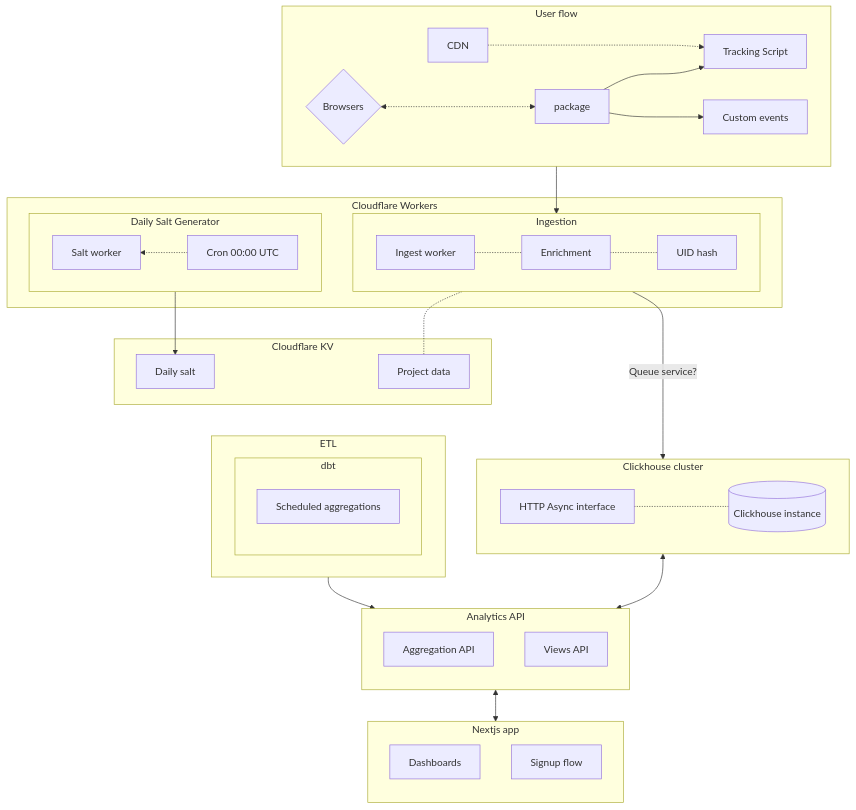
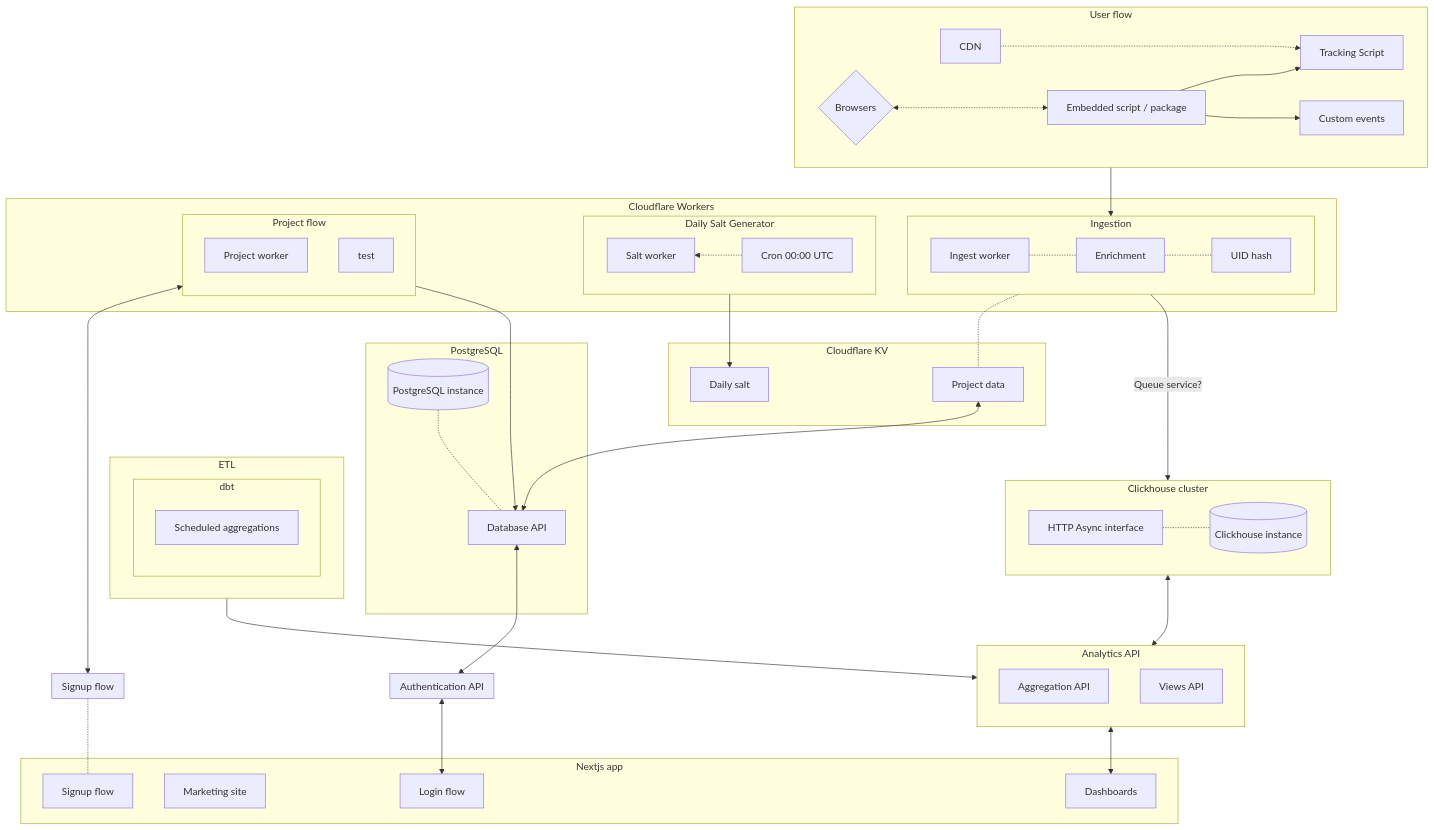
One commit to JGynther/analytics changed the diagram in docs/architecture.md. Above: the diagram before and after it, drawn with Mermaid.

Commit message:
feat: add postgresql and auth to diagram

````diff
--- a/docs/architecture.md
+++ b/docs/architecture.md
@@ -2,7 +2,7 @@
 flowchart
     subgraph user[User flow]
         CDN -...-> script
-        Browser{Browsers} <-..-> package
+        Browser{Browsers} <-..-> package[Embedded script / package]
         ---> script[Tracking Script] & events[Custom events]
     end
 
@@ -12,8 +12,7 @@
     end
 
     subgraph clickhouse[Clickhouse cluster]
-        async[HTTP Async interface]
-        async -..- db[(Clickhouse instance)]
+        async[HTTP Async interface] -.- db[(Clickhouse instance)]
     end
 
     subgraph workers[Cloudflare Workers]
@@ -29,10 +28,16 @@
             cron[Cron 00:00 UTC] .-> saltworker[Salt worker]
         end
         saltgen --> salt
+
+        subgraph projectflow[Project flow]
+            direction TB
+            projectworker[Project worker]
+            test
+        end
     end
 
     user --> ingestion
-    ingestion --->|Queue service?| clickhouse
+    ingestion --> |Queue service?| clickhouse
 
     subgraph etl[ETL]
         subgraph dbt
@@ -47,12 +52,32 @@
     end
 
     subgraph next[Nextjs app]
-        direction TB
         dashboard[Dashboards]
+        marketing[Marketing site]
+        login[Login flow]
         signup[Signup flow]
     end
 
     etl --> api
     clickhouse <--> api
-    api <--> next
+    api <--> dashboard
+
+    subgraph signupflow[Signup flow]
+    end
+
+    subgraph postgresql[PostgreSQL]
+        database[(PostgreSQL instance)] -.-
+        dbapi[Database API]
+    end
+
+    projectflow <--> signupflow
+    projectflow --> dbapi
+    project <--> dbapi
+    signupflow -.- signup
+
+    subgraph auth[Authentication API]
+    end
+
+    dbapi <--> auth
+    auth <--> login
 ```
````
